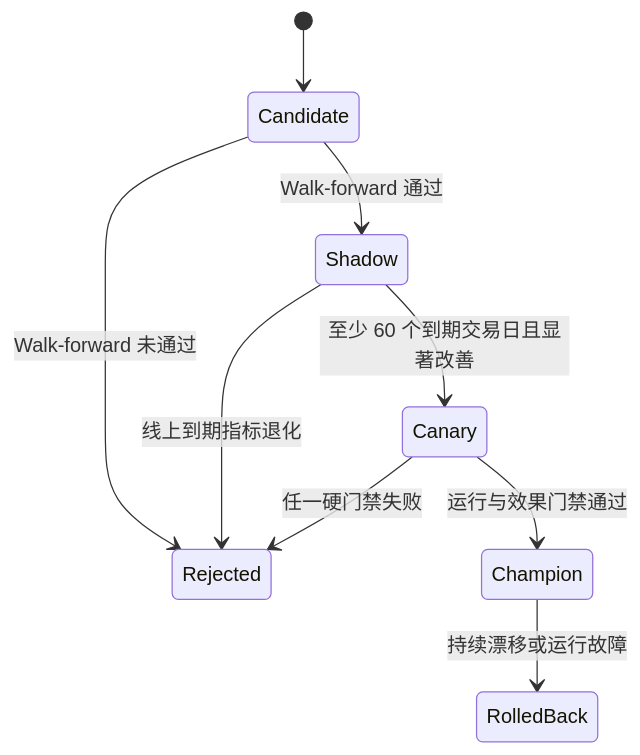
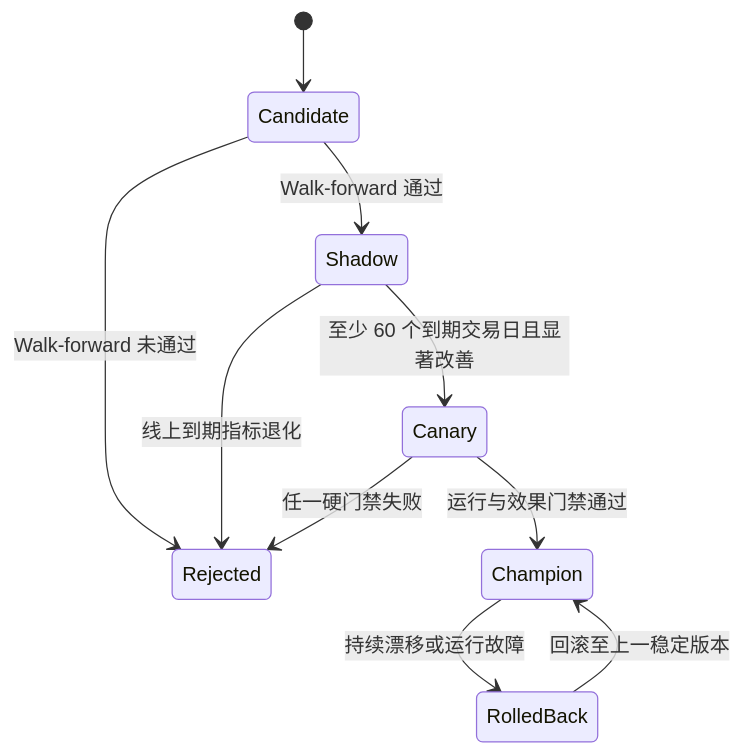
One commit to posbright/Quantia changed the second of 2 diagrams in document/Kronos滚动验证批量预测与动态调优方案.md. Above: the diagram before and after it, drawn with Mermaid. The commit also changed other lines of this file and 63 other files, not shown here.

````diff
--- a/document/Kronos滚动验证批量预测与动态调优方案.md
+++ b/document/Kronos滚动验证批量预测与动态调优方案.md
@@ -318,11 +318,12 @@
 ```mermaid
 stateDiagram-v2
     [*] --> Candidate
     Candidate --> Rejected: Walk-forward 未通过
     Candidate --> Shadow: Walk-forward 通过
     Shadow --> Rejected: 线上到期指标退化
     Shadow --> Canary: 至少 60 个到期交易日且显著改善
     Canary --> Champion: 运行与效果门禁通过
     Canary --> Rejected: 任一硬门禁失败
     Champion --> RolledBack: 持续漂移或运行故障
+    RolledBack --> Champion: 回滚至上一稳定版本
 ```
````
